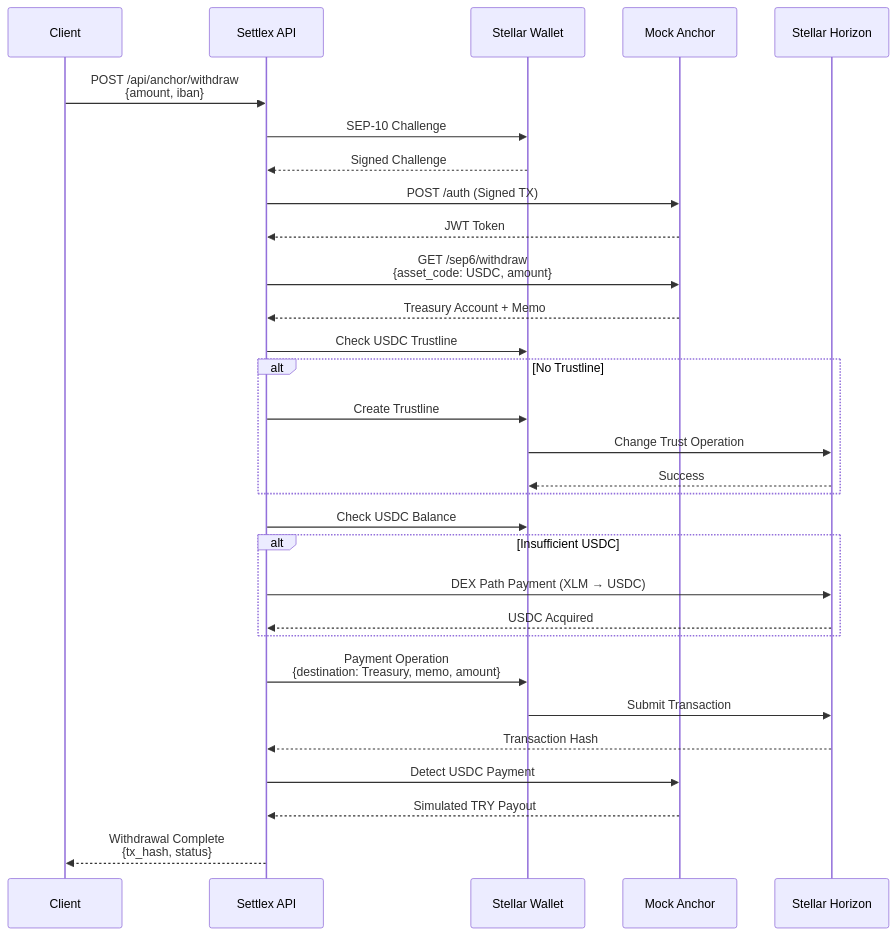
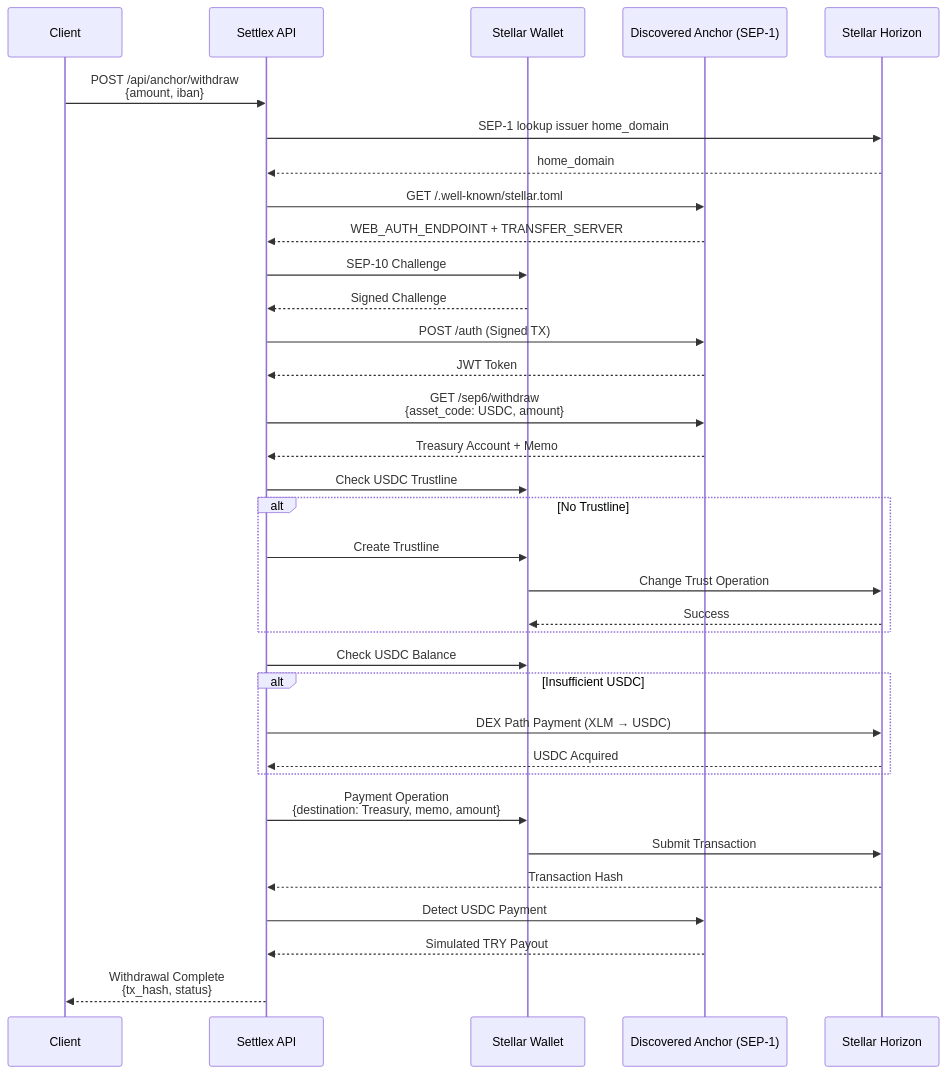
One commit to musa-ok/settlex-stellar-hackathon changed the third of 3 diagrams in README.md. Above: the diagram before and after it, drawn with Mermaid. The commit also changed other lines of this file and 5 other files, not shown here.

````diff
--- a/README.md
+++ b/README.md
@@ -174,38 +186,42 @@
 ```mermaid
 sequenceDiagram
     participant Client as Client
     participant API as Settlex API
     participant Wallet as Stellar Wallet
-    participant Anchor as Mock Anchor
+    participant Anchor as Discovered Anchor (SEP-1)
     participant Horizon as Stellar Horizon
     
     Client->>API: POST /api/anchor/withdraw<br/>{amount, iban}
+    API->>Horizon: SEP-1 lookup issuer home_domain
+    Horizon-->>API: home_domain
+    API->>Anchor: GET /.well-known/stellar.toml
+    Anchor-->>API: WEB_AUTH_ENDPOINT + TRANSFER_SERVER
     API->>Wallet: SEP-10 Challenge
     Wallet-->>API: Signed Challenge
     API->>Anchor: POST /auth (Signed TX)
     Anchor-->>API: JWT Token
     
     API->>Anchor: GET /sep6/withdraw<br/>{asset_code: USDC, amount}
     Anchor-->>API: Treasury Account + Memo
     
     API->>Wallet: Check USDC Trustline
     alt No Trustline
         API->>Wallet: Create Trustline
         Wallet->>Horizon: Change Trust Operation
         Horizon-->>Wallet: Success
     end
     
     API->>Wallet: Check USDC Balance
     alt Insufficient USDC
         API->>Horizon: DEX Path Payment (XLM → USDC)
         Horizon-->>API: USDC Acquired
     end
     
     API->>Wallet: Payment Operation<br/>{destination: Treasury, memo, amount}
     Wallet->>Horizon: Submit Transaction
     Horizon-->>API: Transaction Hash
     
     API->>Anchor: Detect USDC Payment
     Anchor-->>API: Simulated TRY Payout
     API-->>Client: Withdrawal Complete<br/>{tx_hash, status}
 ```
````
